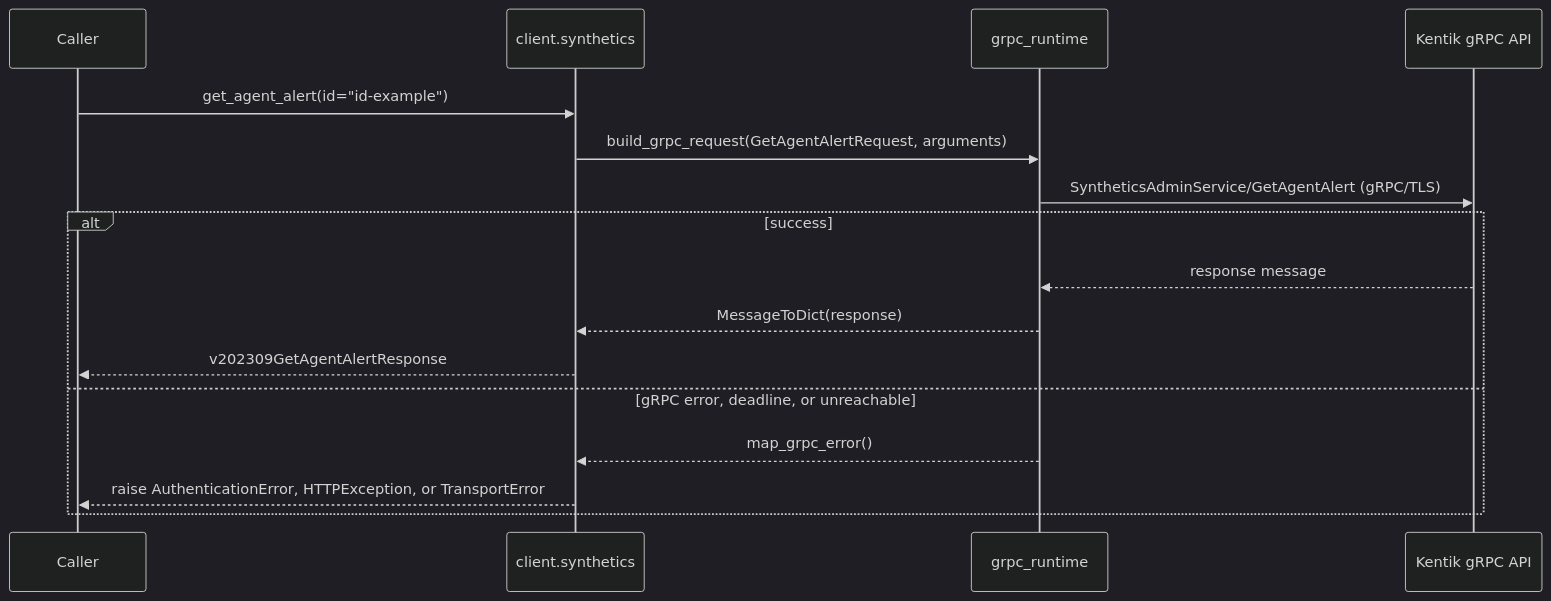
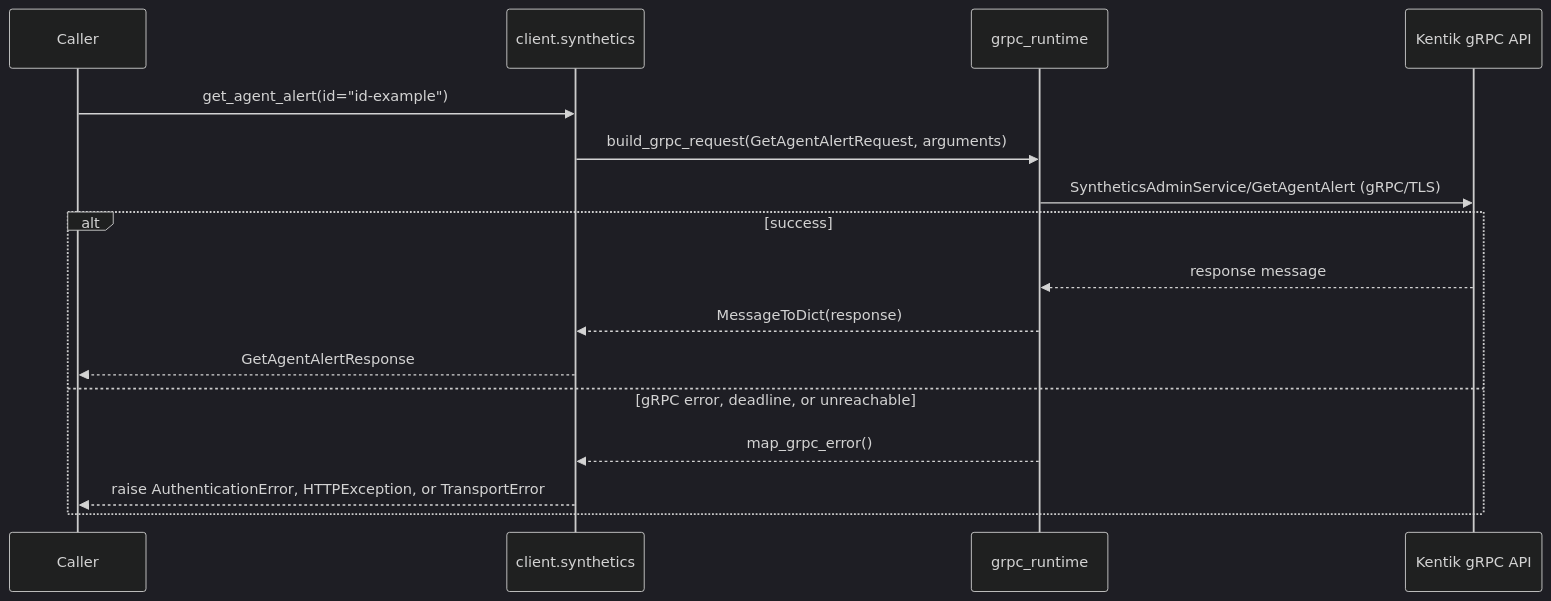
The seventh of 38 diagrams in docs/sphinx/services/synthetics.md (alexdearaujo/community_sdk_python), drawn with Mermaid (dark theme) before and after one commit. The commit also changed other lines of this file and 38 other files, not shown here.

````diff
--- a/docs/sphinx/services/synthetics.md
+++ b/docs/sphinx/services/synthetics.md
@@ -211,19 +211,19 @@
 ```mermaid
 sequenceDiagram
     participant C as Caller
     participant W as client.synthetics
     participant R as grpc_runtime
     participant API as Kentik gRPC API
 
     C->>W: get_agent_alert(id="id-example")
     W->>R: build_grpc_request(GetAgentAlertRequest, arguments)
     R->>API: SyntheticsAdminService/GetAgentAlert (gRPC/TLS)
     alt success
         API-->>R: response message
         R-->>W: MessageToDict(response)
-        W-->>C: v202309GetAgentAlertResponse
+        W-->>C: GetAgentAlertResponse
     else gRPC error, deadline, or unreachable
         R-->>W: map_grpc_error()
         W-->>C: raise AuthenticationError, HTTPException, or TransportError
     end
 ```
````
